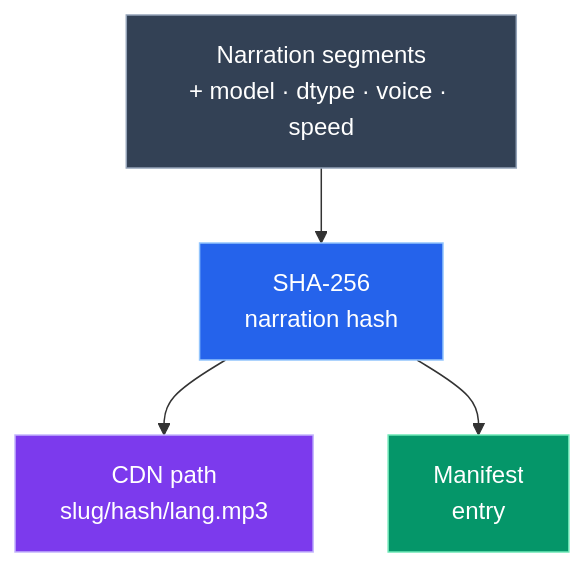
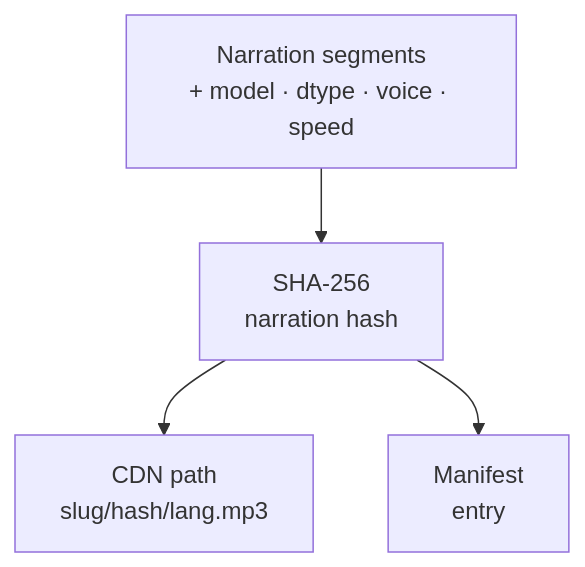
Before and after one commit to g-savitha/gsavitha.in: the third of 7 diagrams in src/content/blog/blog-audio-player.md, drawn with Mermaid. The commit also changed other lines of this file and 6 other files, not shown here.

First line of the commit message:
Theme every Mermaid diagram from one shared palette

````diff
--- a/src/content/blog/blog-audio-player.md
+++ b/src/content/blog/blog-audio-player.md
@@ -235,11 +222,6 @@
 ```mermaid
 flowchart TD
     INPUTS["Narration segments\n+ model · dtype · voice · speed"]:::content --> HASH["SHA-256\nnarration hash"]:::primary
     HASH --> URL["CDN path\nslug/hash/lang.mp3"]:::accent
     HASH --> ENTRY["Manifest\nentry"]:::success
-
-    classDef primary fill:#2563eb,stroke:#93c5fd,color:#ffffff
-    classDef accent fill:#7c3aed,stroke:#c4b5fd,color:#ffffff
-    classDef success fill:#059669,stroke:#6ee7b7,color:#ffffff
-    classDef content fill:#334155,stroke:#94a3b8,color:#ffffff
 ```
````
